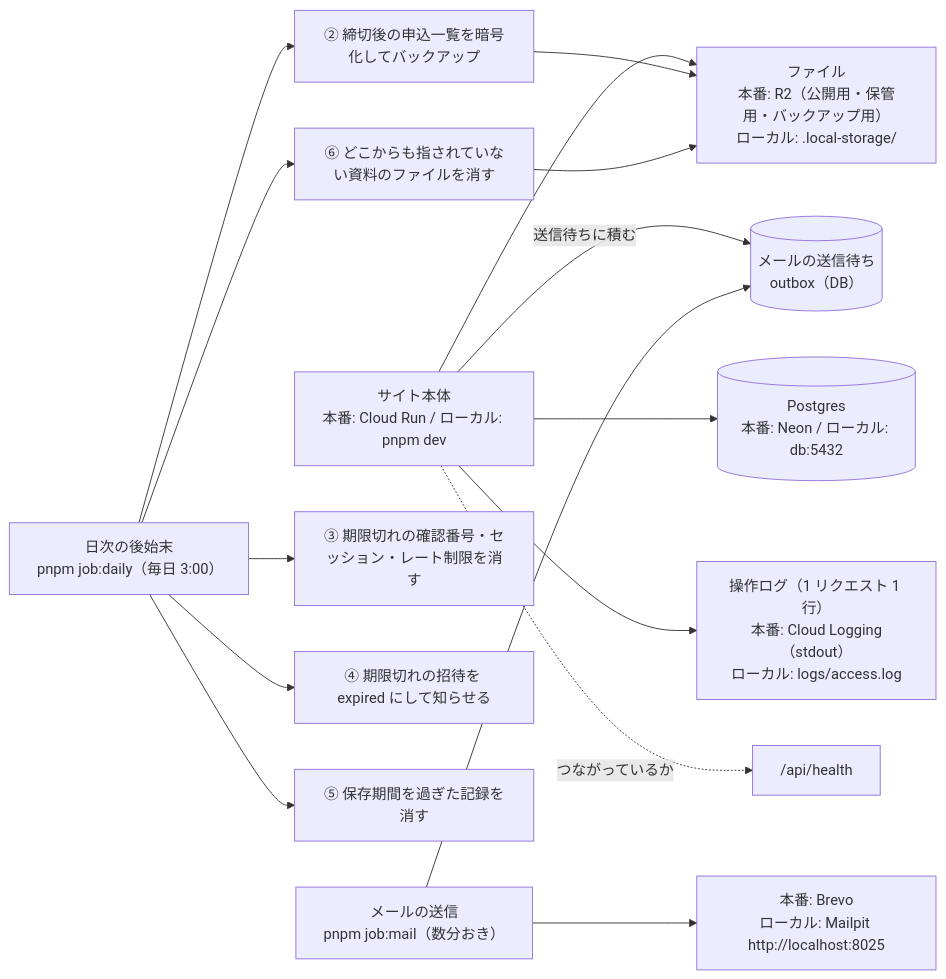
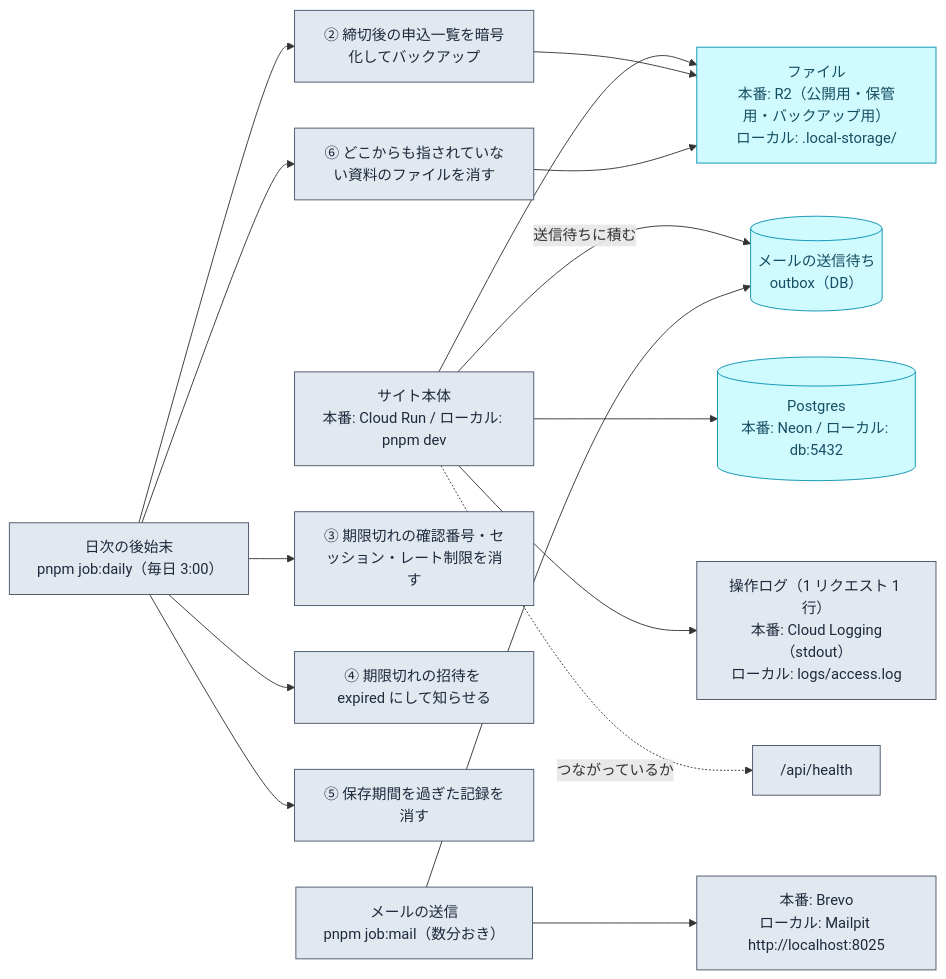
The seventh of 7 diagrams in docs/ops.md (naki27/beachball-portal), drawn with Mermaid before and after one commit. The commit also changed other lines of this file, not shown here.

First line of the commit message:
docs: 運用フロー図の色分け（ops.md の mermaid に classDef）

````diff
--- a/docs/ops.md
+++ b/docs/ops.md
@@ -211,21 +223,24 @@
 ```mermaid
 flowchart LR
-  APP["サイト本体<br/>本番: Cloud Run / ローカル: pnpm dev"]
+  APP["サイト本体<br/>本番: Cloud Run / ローカル: pnpm dev"]:::job
 
-  APP -->|"送信待ちに積む"| OB[("メールの送信待ち<br/>outbox（DB）")]
-  JM["メールの送信<br/>pnpm job:mail（数分おき）"] --> OB
-  JM --> MAIL["本番: Brevo<br/>ローカル: Mailpit http://localhost:8025"]
+  APP -->|"送信待ちに積む"| OB[("メールの送信待ち<br/>outbox（DB）")]:::store
+  JM["メールの送信<br/>pnpm job:mail（数分おき）"]:::job --> OB
+  JM --> MAIL["本番: Brevo<br/>ローカル: Mailpit http://localhost:8025"]:::job
 
-  JD["日次の後始末<br/>pnpm job:daily（毎日 3:00）"] --> J2["② 締切後の申込一覧を暗号化してバックアップ"]
-  JD --> J3["③ 期限切れの確認番号・セッション・レート制限を消す"]
-  JD --> J4["④ 期限切れの招待を expired にして知らせる"]
-  JD --> J5["⑤ 保存期間を過ぎた記録を消す"]
-  JD --> J6["⑥ どこからも指されていない資料のファイルを消す"]
+  JD["日次の後始末<br/>pnpm job:daily（毎日 3:00）"]:::job --> J2["② 締切後の申込一覧を暗号化してバックアップ"]:::job
+  JD --> J3["③ 期限切れの確認番号・セッション・レート制限を消す"]:::job
+  JD --> J4["④ 期限切れの招待を expired にして知らせる"]:::job
+  JD --> J5["⑤ 保存期間を過ぎた記録を消す"]:::job
+  JD --> J6["⑥ どこからも指されていない資料のファイルを消す"]:::job
 
-  APP --> DB[("Postgres<br/>本番: Neon / ローカル: db:5432")]
-  APP --> ST["ファイル<br/>本番: R2（公開用・保管用・バックアップ用）<br/>ローカル: .local-storage/"]
-  APP --> LOG["操作ログ（1 リクエスト 1 行）<br/>本番: Cloud Logging（stdout）<br/>ローカル: logs/access.log"]
+  APP --> DB[("Postgres<br/>本番: Neon / ローカル: db:5432")]:::store
+  APP --> ST["ファイル<br/>本番: R2（公開用・保管用・バックアップ用）<br/>ローカル: .local-storage/"]:::store
+  APP --> LOG["操作ログ（1 リクエスト 1 行）<br/>本番: Cloud Logging（stdout）<br/>ローカル: logs/access.log"]:::job
   J2 --> ST
   J6 --> ST
-  APP -.->|"つながっているか"| HC["/api/health"]
+  APP -.->|"つながっているか"| HC["/api/health"]:::job
+
+  classDef job fill:#e2e8f0,stroke:#475569,color:#1e293b
+  classDef store fill:#cffafe,stroke:#0891b2,color:#164e63
 ```
````
